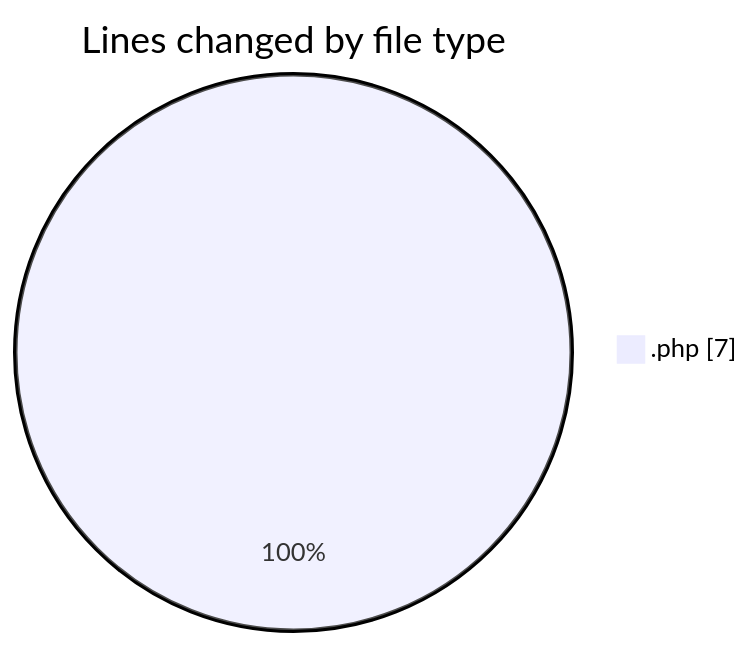
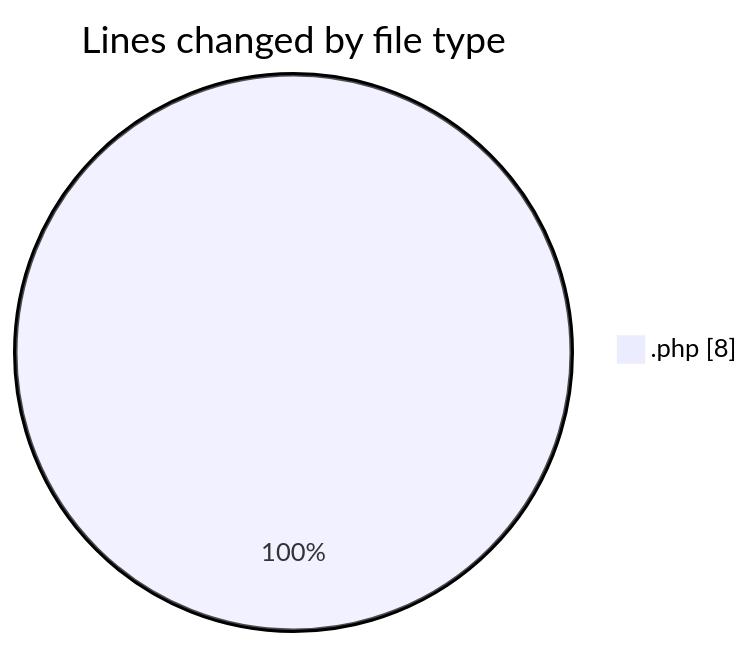
The first of 2 diagrams in 2025-05-13/web/README.md (LanceThiago/code-tracking), drawn with Mermaid before and after one commit. The commit also changed other lines of this file and 1 other file, not shown here.

````diff
--- a/2025-05-13/web/README.md
+++ b/2025-05-13/web/README.md
@@ -20,5 +20,5 @@
 ```mermaid
 pie showData
 title Lines changed by file type
-".php" : 7
+".php" : 8
 ```
````
